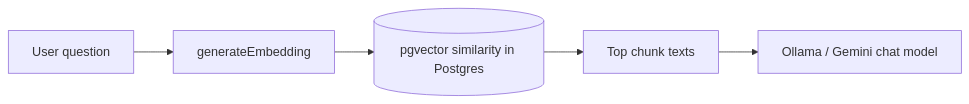
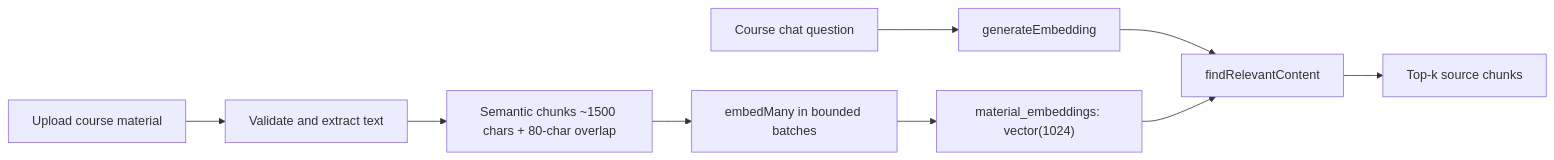
The diagram in docs/rag-ai/EMBEDDINGS.md (EduAI-Lab/EduAI), drawn with Mermaid before and after one commit. The commit also changed other lines of this file and 38 other files, not shown here.

````diff
--- a/docs/rag-ai/EMBEDDINGS.md
+++ b/docs/rag-ai/EMBEDDINGS.md
@@ -98,7 +11,11 @@
 ```mermaid
 flowchart LR
-  Q[User question] --> E[generateEmbedding]
-  E --> S[(pgvector similarity in Postgres)]
-  S --> T[Top chunk texts]
-  T --> L[Ollama / Gemini chat model]
+  U[Upload course material] --> X[Validate and extract text]
+  X --> C[Semantic chunks ~1500 chars + 80-char overlap]
+  C --> E[embedMany in bounded batches]
+  E --> V["material_embeddings: vector(1024)"]
+  Q[Course chat question] --> QE[generateEmbedding]
+  QE --> S[findRelevantContent]
+  V --> S
+  S --> R[Top-k source chunks]
 ```
````
